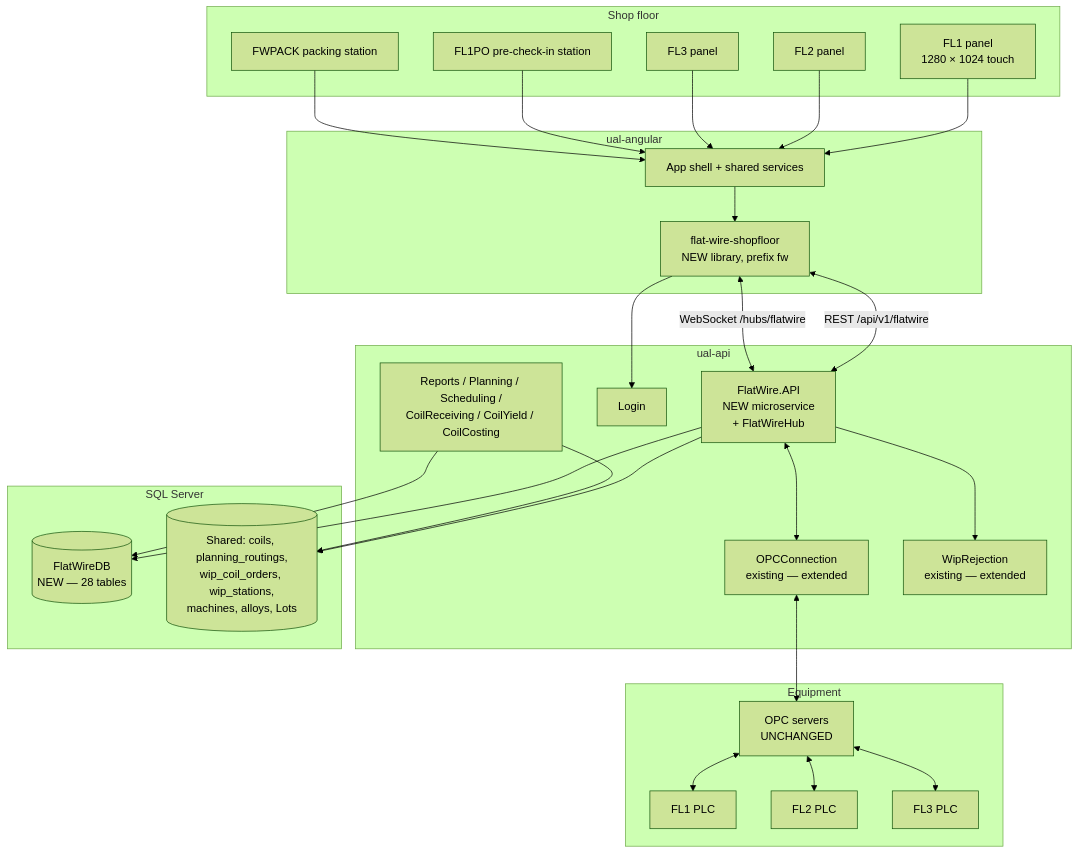
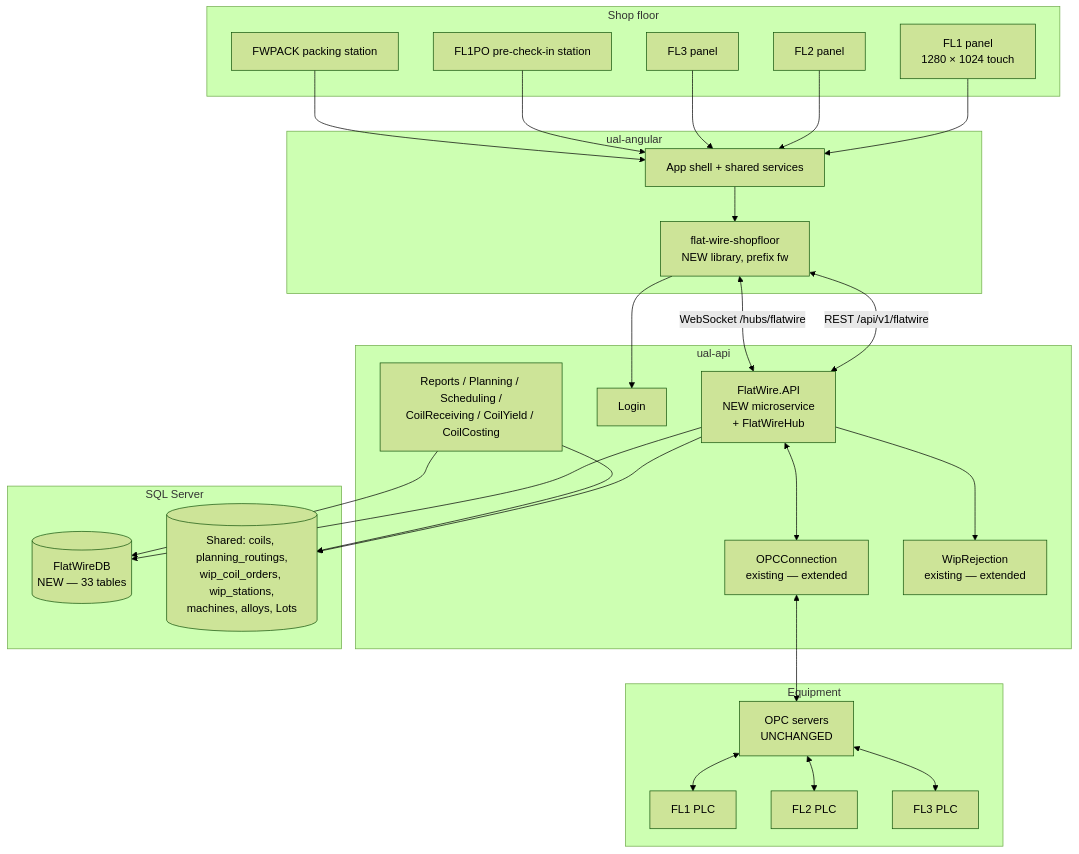
One commit to UnitedAluminum/Flatwire-planning changed the first of 2 diagrams in MVP-1/ProjectPlan/Architecture/Architecture.md. Above: the diagram before and after it, drawn with Mermaid (forest theme). The commit also changed other lines of this file and 142 other files, not shown here.

````diff
--- a/MVP-1/ProjectPlan/Architecture/Architecture.md
+++ b/MVP-1/ProjectPlan/Architecture/Architecture.md
@@ -18,45 +18,45 @@
 ```mermaid
 flowchart TB
   subgraph FLOOR["Shop floor"]
     P1["FL1 panel<br/>1280 × 1024 touch"]
     P2["FL2 panel"]
     P3["FL3 panel"]
     POS["FL1PO pre-check-in station"]
     PK["FWPACK packing station"]
   end
   subgraph EQUIP["Equipment"]
     PLC1["FL1 PLC"]
     PLC2["FL2 PLC"]
     PLC3["FL3 PLC"]
     OPC["OPC servers<br/>UNCHANGED"]
   end
   subgraph ANG["ual-angular"]
     SHELL["App shell + shared services"]
     LIB["flat-wire-shopfloor<br/>NEW library, prefix fw"]
   end
   subgraph API["ual-api"]
     FW["FlatWire.API<br/>NEW microservice<br/>+ FlatWireHub"]
     OPCC["OPCConnection<br/>existing — extended"]
     LOGIN["Login"]
     WIPR["WipRejection<br/>existing — extended"]
     REPT["Reports / Planning / Scheduling /<br/>CoilReceiving / CoilYield / CoilCosting"]
   end
   subgraph DATA["SQL Server"]
-    FWDB[("FlatWireDB<br/>NEW — 28 tables")]
+    FWDB[("FlatWireDB<br/>NEW — 33 tables")]
     SHARED[("Shared: coils, planning_routings,<br/>wip_coil_orders, wip_stations,<br/>machines, alloys, Lots")]
   end
 
   P1 & P2 & P3 & POS & PK --> SHELL
   SHELL --> LIB
   LIB <-->|"REST /api/v1/flatwire"| FW
   LIB <-->|"WebSocket /hubs/flatwire"| FW
   LIB --> LOGIN
   FW --> FWDB
   FW --> SHARED
   FW <--> OPCC
   OPCC <--> OPC
   OPC <--> PLC1 & PLC2 & PLC3
   FW --> WIPR
   REPT --> FWDB
   REPT --> SHARED
 ```
````
